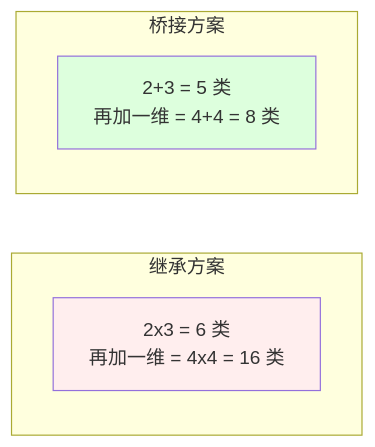
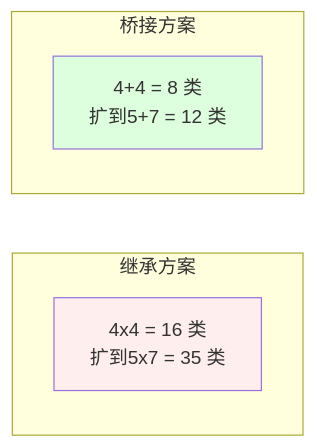
One commit to chongyang211/YCBookBlog changed the fourth of 7 diagrams in docs/08.编程/03.巧学设计模式/10.桥接模式设计思想.md. Above: the diagram before and after it, drawn with Mermaid. The commit also changed other lines of this file and 22 other files, not shown here.

````diff
--- a/docs/08.编程/03.巧学设计模式/10.桥接模式设计思想.md
+++ b/docs/08.编程/03.巧学设计模式/10.桥接模式设计思想.md
@@ -170,11 +250,11 @@
 ```mermaid
 flowchart LR
     subgraph 继承[继承方案]
-        C1[2x3 = 6 类<br/>再加一维 = 4x4 = 16 类]
+        C1[4x4 = 16 类<br/>扩到5x7 = 35 类]
     end
     subgraph 桥接[桥接方案]
-        B1[2+3 = 5 类<br/>再加一维 = 4+4 = 8 类]
+        B1[4+4 = 8 类<br/>扩到5+7 = 12 类]
     end
     style C1 fill:#fee
     style B1 fill:#dfd
 ```
````
